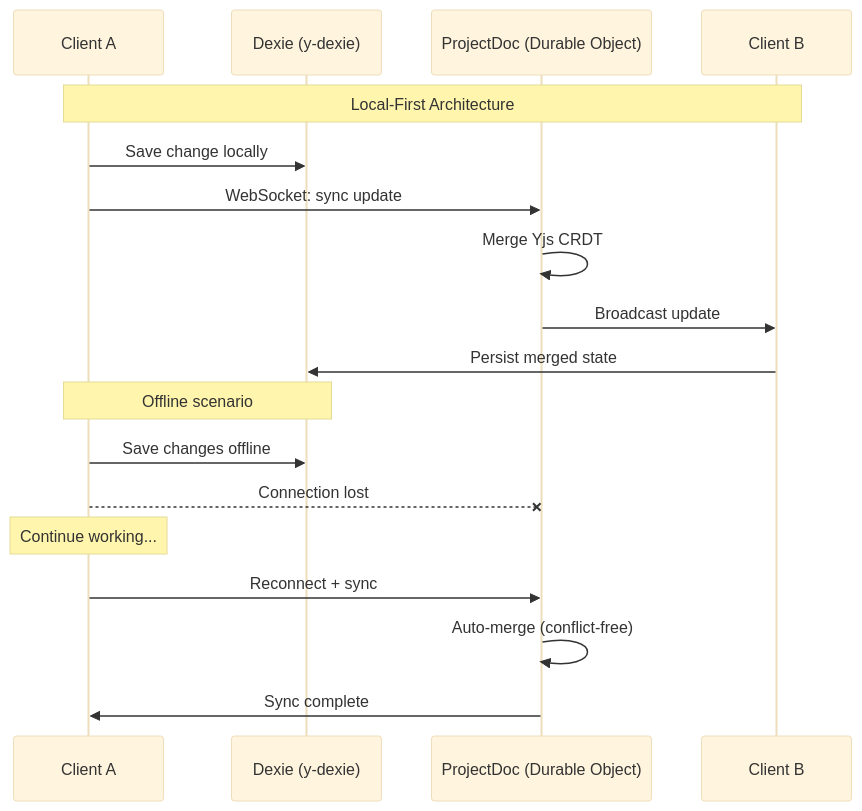
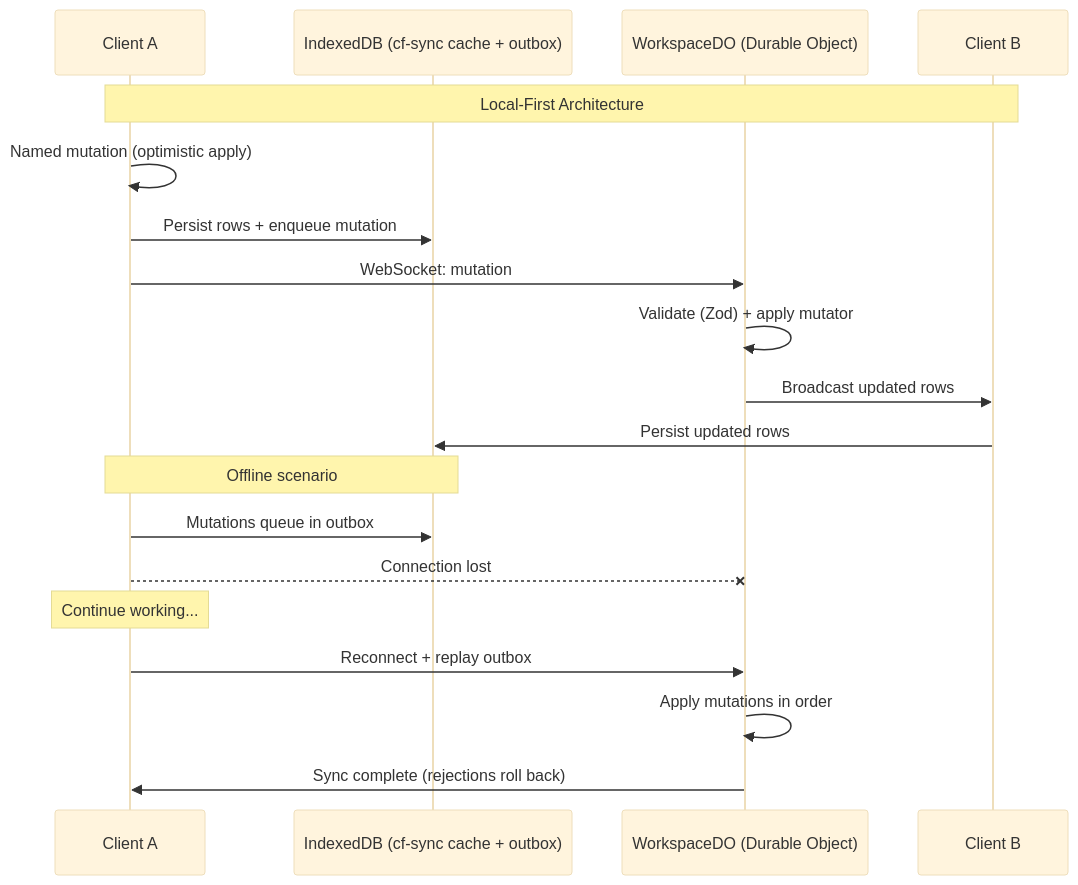
The diagram in packages/docs/architecture/diagrams/03-sync-flow.md (InfinityBowman/corates), drawn with Mermaid (base theme) before and after one commit. The commit also changed other lines of this file and 9 other files, not shown here.

````diff
--- a/packages/docs/architecture/diagrams/03-sync-flow.md
+++ b/packages/docs/architecture/diagrams/03-sync-flow.md
@@ -5,23 +5,24 @@
 ```mermaid
 sequenceDiagram
     participant Client1 as Client A
-    participant Dexie as Dexie (y-dexie)
-    participant DO as ProjectDoc (Durable Object)
+    participant Cache as IndexedDB (cf-sync cache + outbox)
+    participant DO as WorkspaceDO (Durable Object)
     participant Client2 as Client B
 
     Note over Client1,Client2: Local-First Architecture
 
-    Client1->>Dexie: Save change locally
-    Client1->>DO: WebSocket: sync update
-    DO->>DO: Merge Yjs CRDT
-    DO->>Client2: Broadcast update
-    Client2->>Dexie: Persist merged state
+    Client1->>Client1: Named mutation (optimistic apply)
+    Client1->>Cache: Persist rows + enqueue mutation
+    Client1->>DO: WebSocket: mutation
+    DO->>DO: Validate (Zod) + apply mutator
+    DO->>Client2: Broadcast updated rows
+    Client2->>Cache: Persist updated rows
 
-    Note over Client1,Dexie: Offline scenario
-    Client1->>Dexie: Save changes offline
+    Note over Client1,Cache: Offline scenario
+    Client1->>Cache: Mutations queue in outbox
     Client1--xDO: Connection lost
     Note over Client1: Continue working...
-    Client1->>DO: Reconnect + sync
-    DO->>DO: Auto-merge (conflict-free)
-    DO->>Client1: Sync complete
+    Client1->>DO: Reconnect + replay outbox
+    DO->>DO: Apply mutations in order
+    DO->>Client1: Sync complete (rejections roll back)
 ```
````
